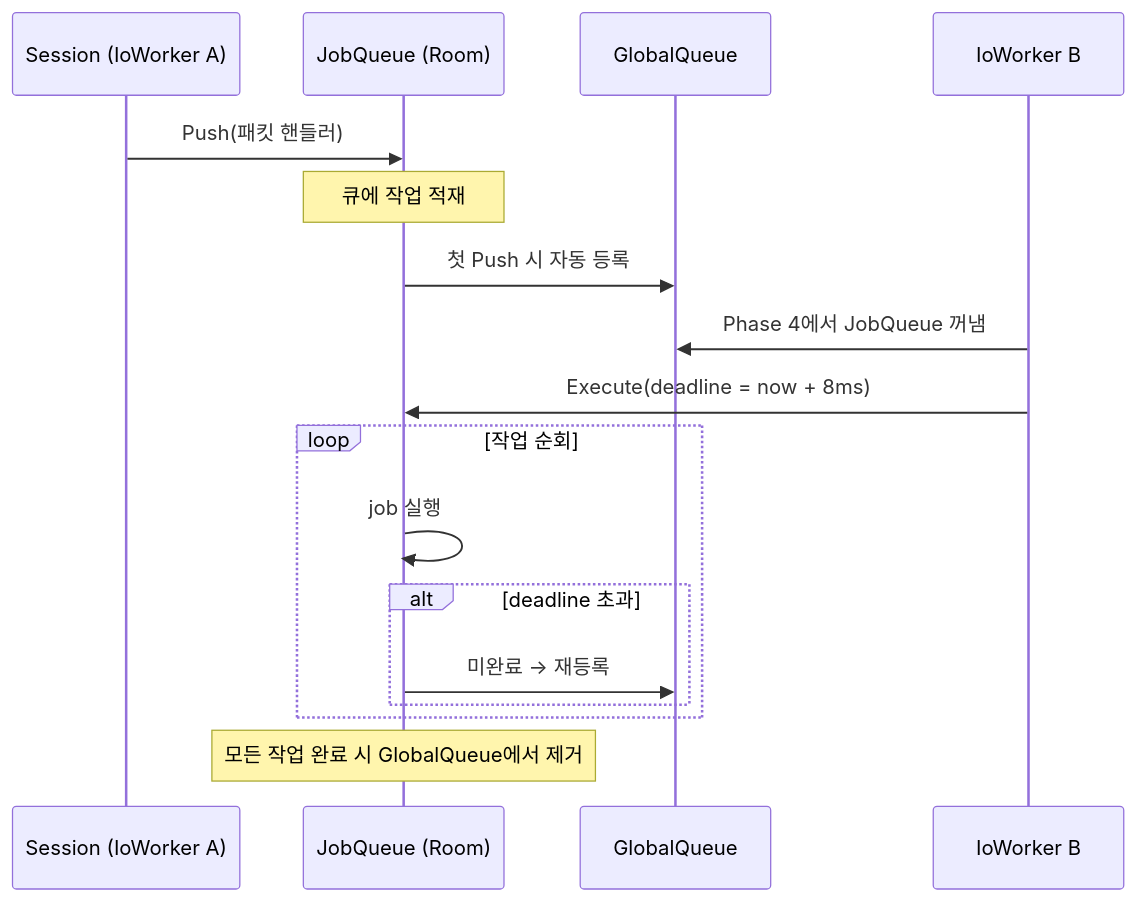
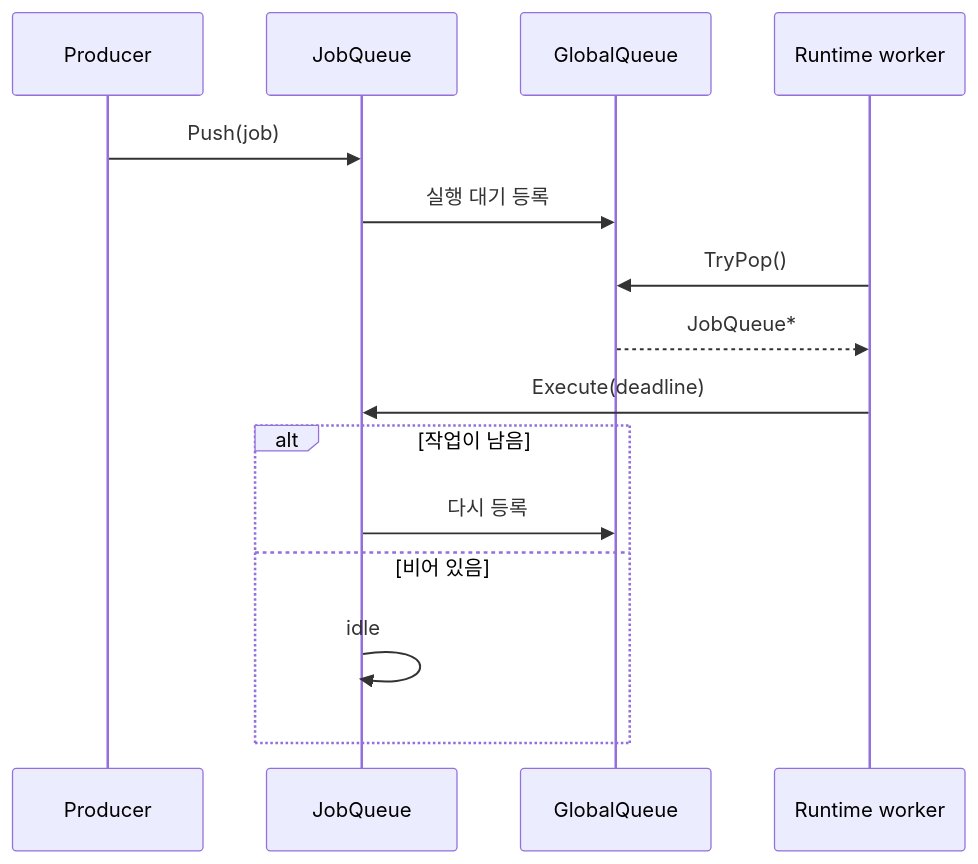
Before and after one commit to mint-cocoa/portfolio: the sixth of 6 diagrams in docs/server/ServerCorePortfolio.qmd, drawn with Mermaid. The commit also changed other lines of this file and 1 other file, not shown here.

Commit message:
Refocus server portfolio on runtime core

````diff
--- a/docs/server/ServerCorePortfolio.qmd
+++ b/docs/server/ServerCorePortfolio.qmd
@@ -445,22 +399,20 @@
 ```{mermaid}
-%%| label: fig-jobqueue-lifecycle
-%%| fig-cap: "JobQueue 실행 사이클"
+%%| label: fig-jobqueue
+%%| fig-cap: "JobQueue와 GlobalQueue 실행 흐름"
 sequenceDiagram
-    participant S as Session (IoWorker A)
-    participant JQ as JobQueue (Room)
+    participant Producer as Producer
+    participant JQ as JobQueue
     participant GQ as GlobalQueue
-    participant W as IoWorker B
+    participant Worker as Runtime worker
 
-    S->>JQ: Push(패킷 핸들러)
-    Note over JQ: 큐에 작업 적재
-    JQ->>GQ: 첫 Push 시 자동 등록
-    W->>GQ: Phase 4에서 JobQueue 꺼냄
-    W->>JQ: Execute(deadline = now + 8ms)
-    loop 작업 순회
-        JQ->>JQ: job 실행
-        alt deadline 초과
-            JQ->>GQ: 미완료 → 재등록
-        end
+    Producer->>JQ: Push(job)
+    JQ->>GQ: 실행 대기 등록
+    Worker->>GQ: TryPop()
+    GQ-->>Worker: JobQueue*
+    Worker->>JQ: Execute(deadline)
+    alt 작업이 남음
+        JQ->>GQ: 다시 등록
+    else 비어 있음
+        JQ->>JQ: idle
     end
-    Note over JQ: 모든 작업 완료 시 GlobalQueue에서 제거
 ```
````
